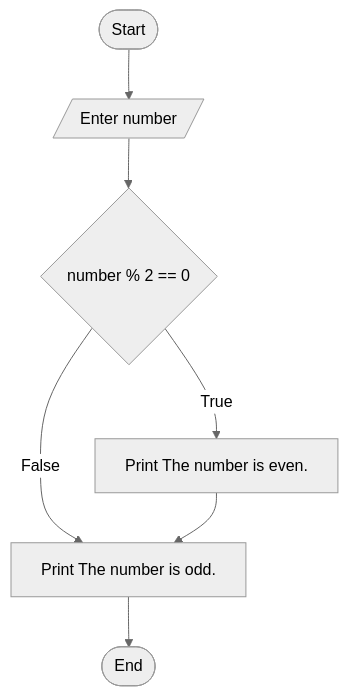
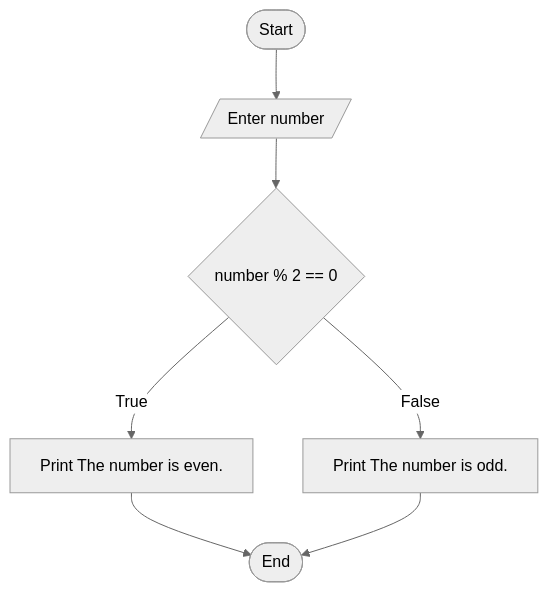
One commit to ruslylove/compro changed the eighth of 15 diagrams in lectures/lect-3.md. Above: the diagram before and after it, drawn with Mermaid (neutral theme).

Commit message:
corrct flowchart

````diff
--- a/lectures/lect-3.md
+++ b/lectures/lect-3.md
@@ -499,9 +499,9 @@
 ```mermaid {scale:0.42}
 graph TD
     A([Start]) --> B[/Enter number/];
     B --> C{"number % 2 == 0"};
     C -- True --> D[Print The number is even.];
     C -- False --> E[Print The number is odd.];
-    D --> E;
+    D --> F;
     E --> F([End]);
 ```
````
